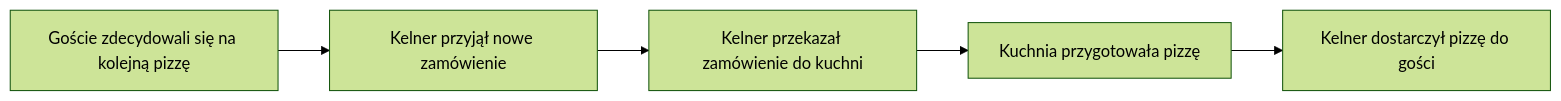
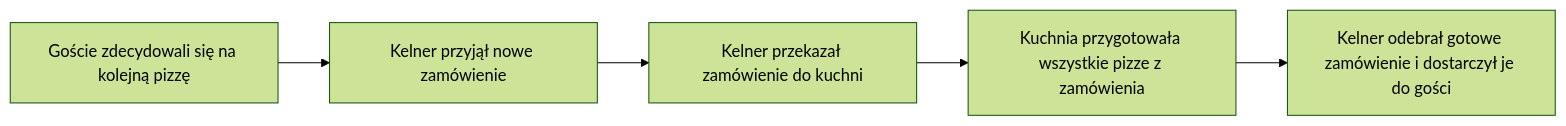
Before and after one commit to mmalessa/pizzeria: the third of 10 diagrams in doc/010_big_picture.md, drawn with Mermaid (forest theme). The commit also changed other lines of this file and 2 other files, not shown here.

````diff
--- a/doc/010_big_picture.md
+++ b/doc/010_big_picture.md
@@ -73,9 +73,9 @@
 ```mermaid
 flowchart LR
 
 A[Goście zdecydowali się na kolejną pizzę]
 --> B[Kelner przyjął nowe zamówienie]
 --> C[Kelner przekazał zamówienie do kuchni]
---> D[Kuchnia przygotowała pizzę]
---> E[Kelner dostarczył pizzę do gości]
+--> D[Kuchnia przygotowała wszystkie pizze z zamówienia]
+--> E[Kelner odebrał gotowe zamówienie i dostarczył je do gości]
 ```
````
